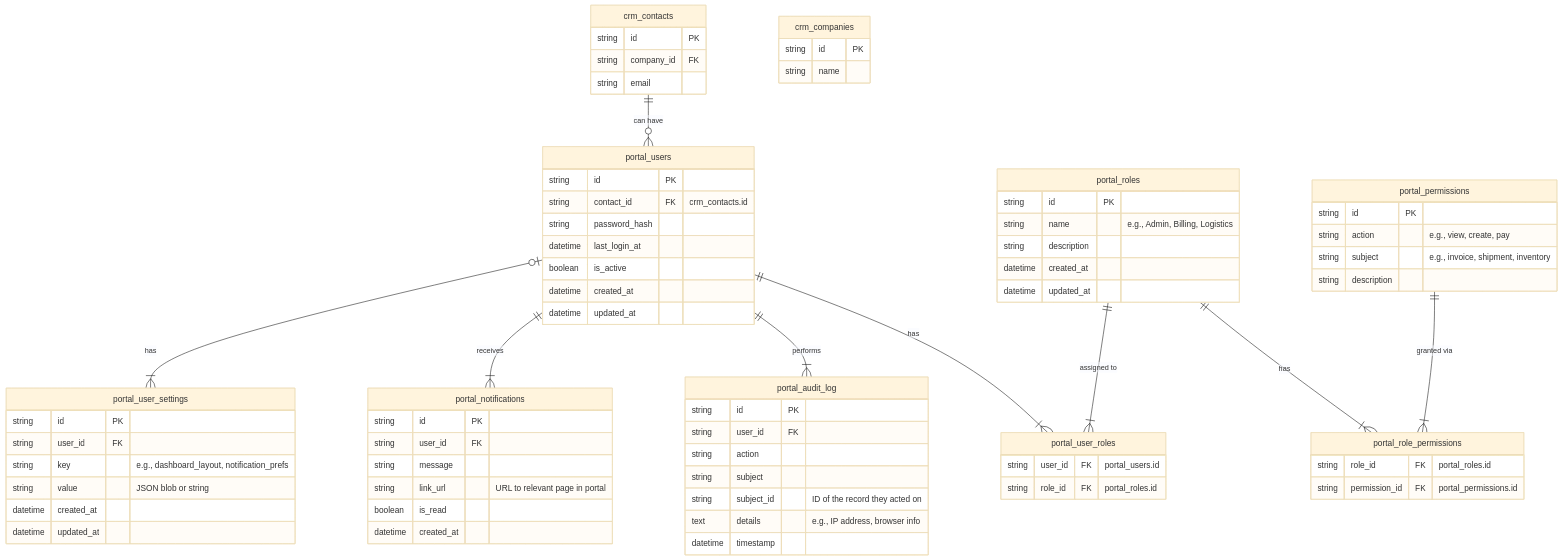
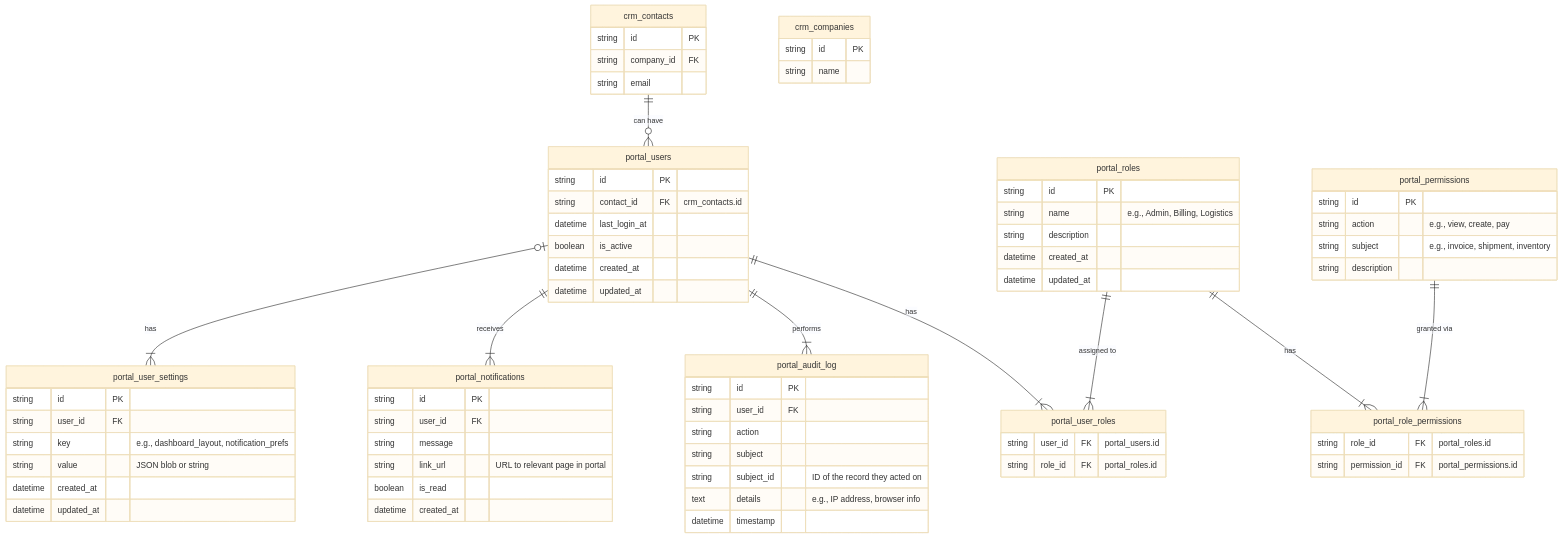
Before and after one commit to F-orge/logistics-management-go: the diagram in docs/diagrams/portal.md, drawn with Mermaid (base theme). The commit also changed other lines of this file and 107 other files, not shown here.

First line of the commit message:
feat: Add Drizzle ORM schemas for IMS, TMS, and WMS domains

```diff
--- a/docs/diagrams/portal.md
+++ b/docs/diagrams/portal.md
@@ -16,7 +16,6 @@
     portal_users {
         string id PK
         string contact_id FK "crm_contacts.id"
-        string password_hash
         datetime last_login_at
         boolean is_active
         datetime created_at
```
